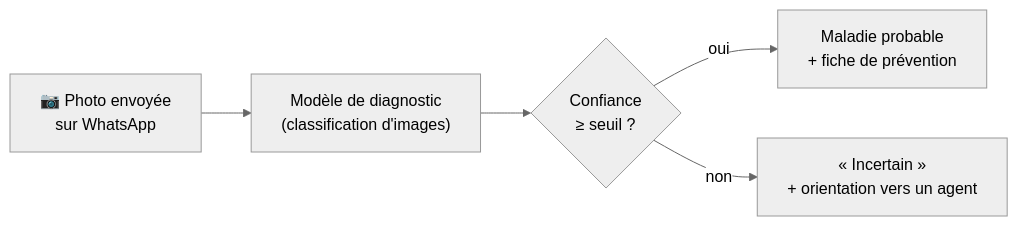
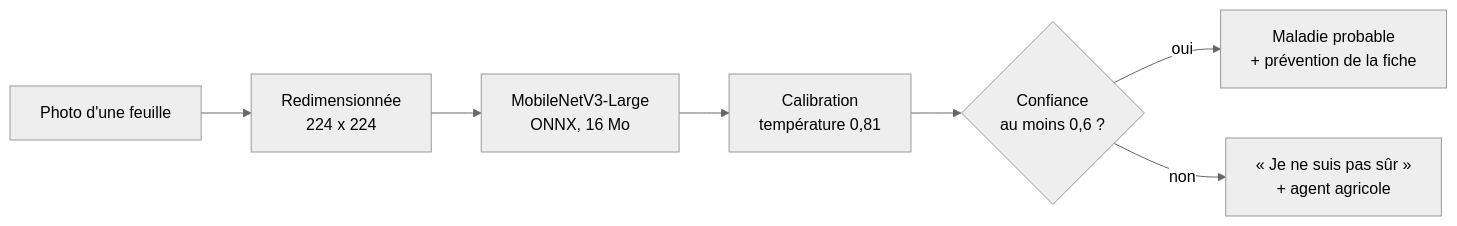
Before and after one commit to Oscar-AS/Terramind: the first of 2 diagrams in ml/README.md, drawn with Mermaid (neutral theme). The commit also changed other lines of this file and 14 other files, not shown here.

First line of the commit message:
docs: README illustrés à jour (app mobile, Telegram, moteur, RAG, modèle v1, archives)

````diff
--- a/ml/README.md
+++ b/ml/README.md
@@ -15,7 +15,9 @@
 ```mermaid
 flowchart LR
-    P["📷 Photo envoyée<br/>sur WhatsApp"] --> M["Modèle de diagnostic<br/>(classification d'images)"]
-    M --> C{"Confiance<br/>≥ seuil ?"}
-    C -->|oui| R["Maladie probable<br/>+ fiche de prévention"]
-    C -->|non| I["« Incertain »<br/>+ orientation vers un agent"]
+    P["Photo d'une feuille"] --> PR["Redimensionnée<br/>224 x 224"]
+    PR --> M["MobileNetV3-Large<br/>ONNX, 16 Mo"]
+    M --> T["Calibration<br/>température 0,81"]
+    T --> C{"Confiance<br/>au moins 0,6 ?"}
+    C -->|oui| R["Maladie probable<br/>+ prévention de la fiche"]
+    C -->|non| I["« Je ne suis pas sûr »<br/>+ agent agricole"]
 ```
````
